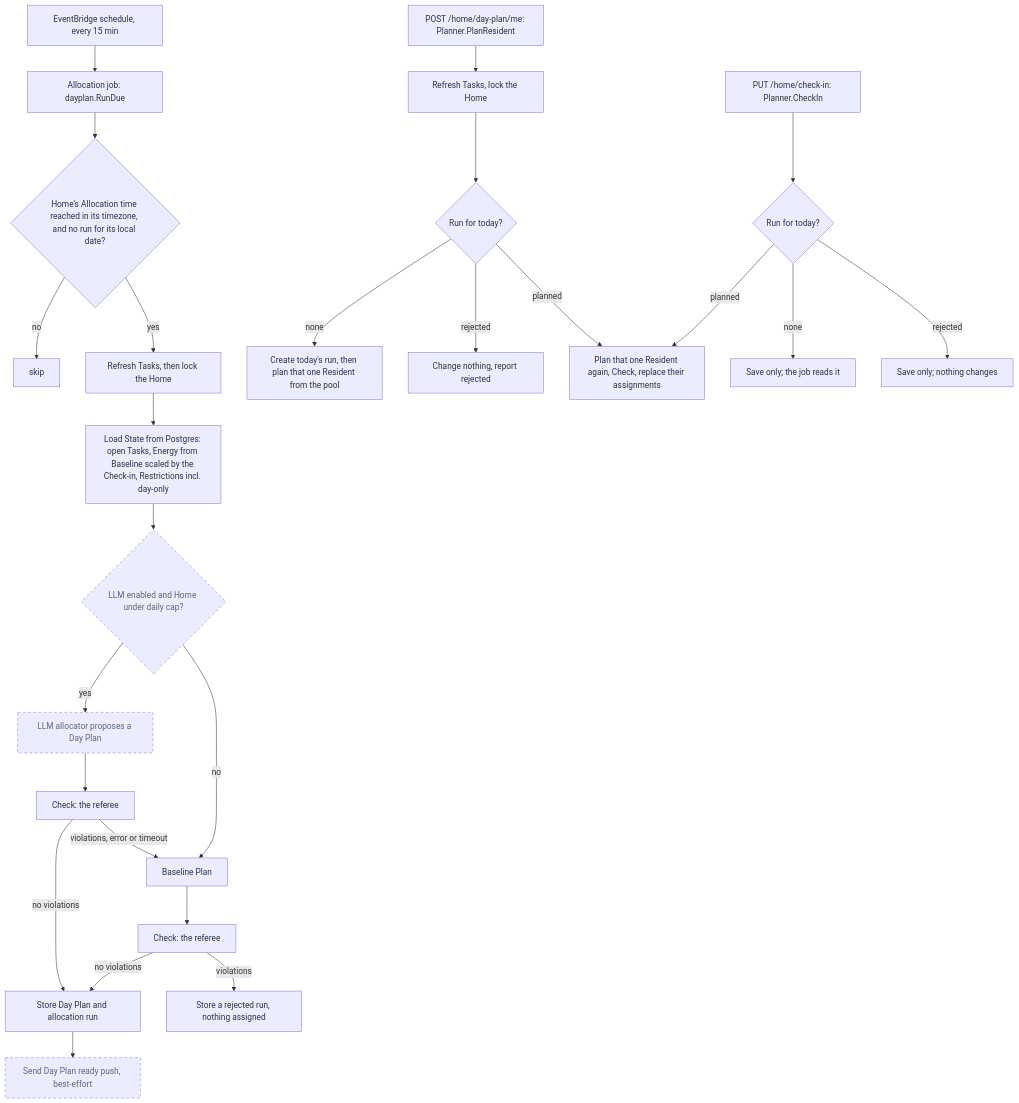
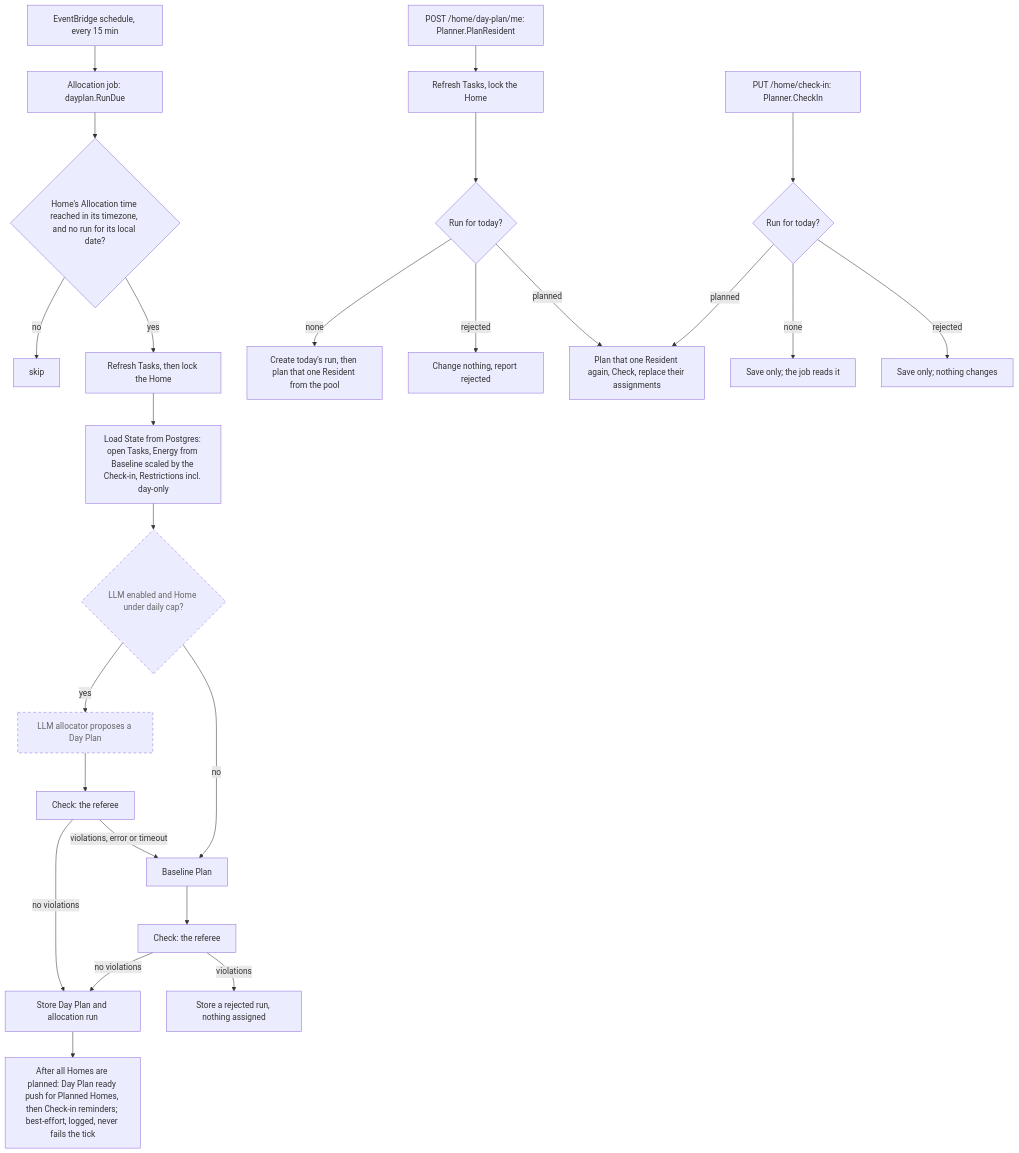
One commit to AbnerWillclefy/Homeowner changed the diagram in docs/architecture/allocation.md. Above: the diagram before and after it, drawn with Mermaid. The commit also changed other lines of this file and 4 other files, not shown here.

Commit message:
docs(architecture): describe the check-in reminder and day plan ready nudges

````diff
--- a/docs/architecture/allocation.md
+++ b/docs/architecture/allocation.md
@@ -41,29 +47,29 @@
 ```mermaid
 flowchart TD
     EB["EventBridge schedule, every 15 min"] --> J["Allocation job: dayplan.RunDue"]
     J --> H{"Home's Allocation time reached in its timezone, and no run for its local date?"}
     H -->|no| X["skip"]
     H -->|yes| R["Refresh Tasks, then lock the Home"]
     R --> L["Load State from Postgres: open Tasks, Energy from Baseline scaled by the Check-in, Restrictions incl. day-only"]
     L --> Q{"LLM enabled and Home under daily cap?"}:::planned
     Q -->|yes| LLM["LLM allocator proposes a Day Plan"]:::planned
     LLM --> CK["Check: the referee"]
     CK -->|no violations| S
     CK -->|violations, error or timeout| B
     Q -->|no| B["Baseline Plan"]
     B --> CK2["Check: the referee"]
     CK2 -->|no violations| S["Store Day Plan and allocation run"]
     CK2 -->|violations| RJ["Store a rejected run, nothing assigned"]
-    S --> N["Send Day Plan ready push, best-effort"]:::planned
+    S --> N["After all Homes are planned: Day Plan ready push for Planned Homes, then Check-in reminders; best-effort, logged, never fails the tick"]
     GR["POST /home/day-plan/me: Planner.PlanResident"] --> GF["Refresh Tasks, lock the Home"]
     GF --> GR2{"Run for today?"}
     GR2 -->|none| GN["Create today's run, then plan that one Resident from the pool"]
     GR2 -->|rejected| GJ["Change nothing, report rejected"]
     GR2 -->|planned| RP
     CI["PUT /home/check-in: Planner.CheckIn"] --> CR{"Run for today?"}
     CR -->|none| CS["Save only; the job reads it"]
     CR -->|rejected| CS2["Save only; nothing changes"]
     CR -->|planned| RP["Plan that one Resident again, Check, replace their assignments"]
 
     classDef planned stroke-dasharray: 5 5,color:#666
 ```
````
